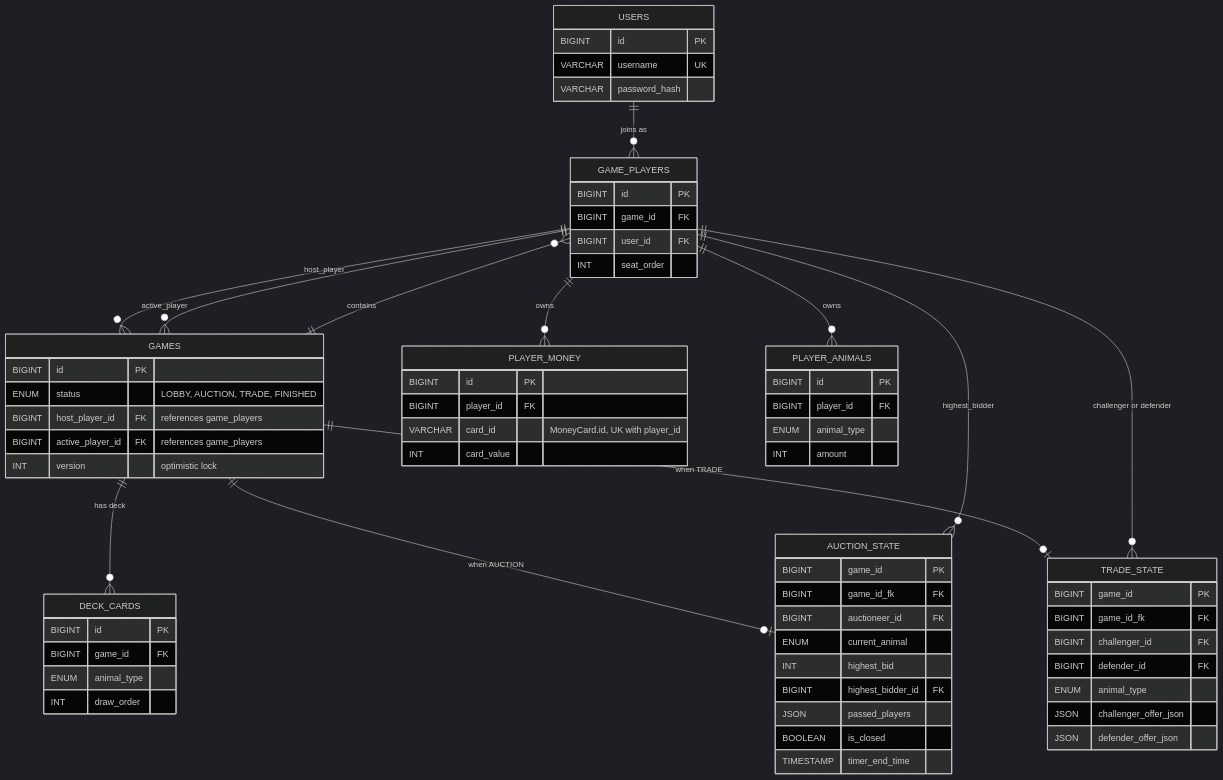
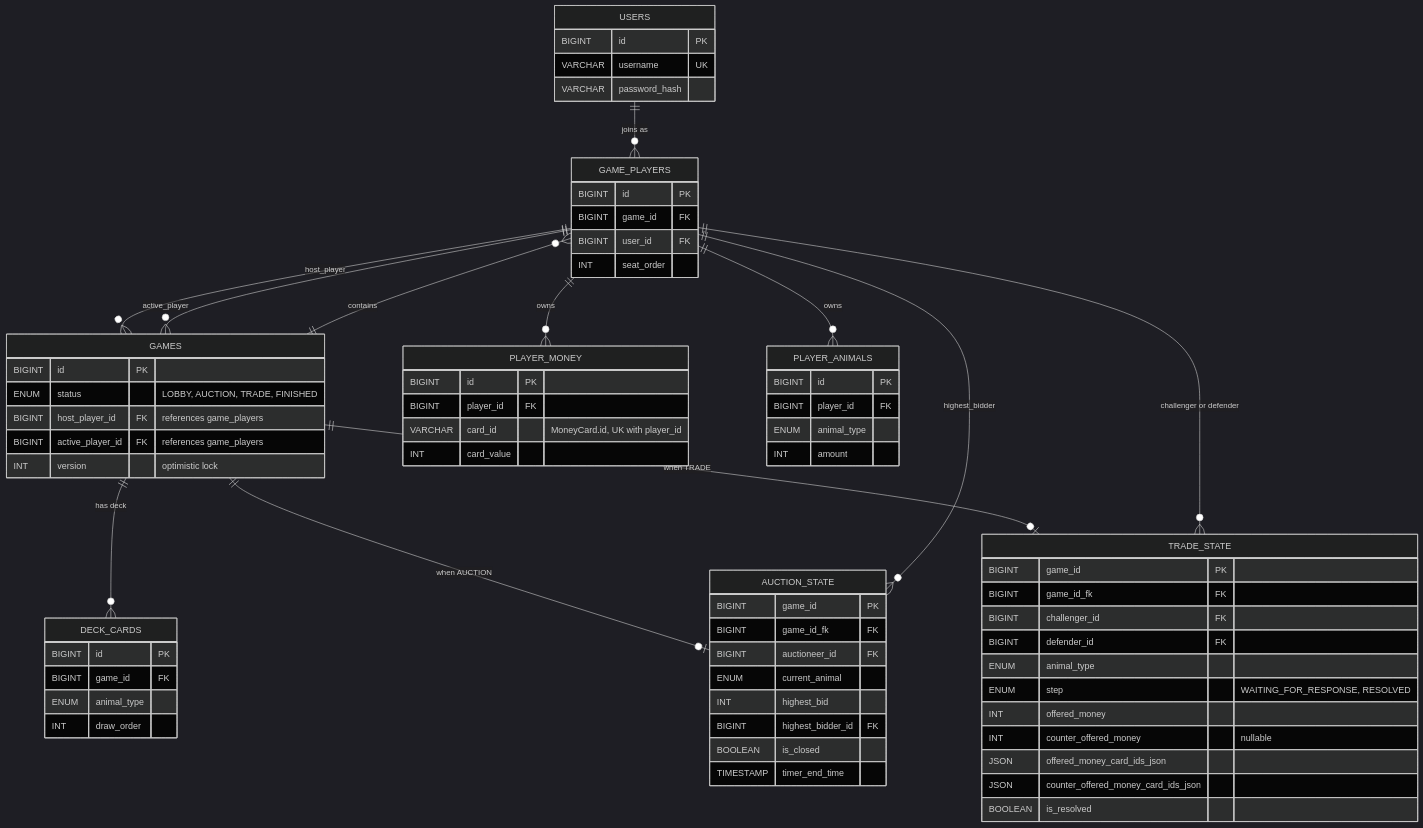
Before and after one commit to AAUSoftwareEngineering2/SE2_Gruppenprojekt: the diagram in docs/server-database.md, drawn with Mermaid (dark theme). The commit also changed other lines of this file, not shown here.

Commit message:
docs: update trade_state schema to include offered money details and resolution flags

````diff
--- a/docs/server-database.md
+++ b/docs/server-database.md
@@ -31,71 +31,74 @@
 ```mermaid
 erDiagram
     USERS ||--o{ GAME_PLAYERS : "joins as"
     GAMES ||--o{ GAME_PLAYERS : "contains"
     GAME_PLAYERS ||--o{ GAMES : "host_player"
     GAME_PLAYERS ||--o{ GAMES : "active_player"
     GAMES ||--o{ DECK_CARDS : "has deck"
     GAMES ||--o| AUCTION_STATE : "when AUCTION"
     GAMES ||--o| TRADE_STATE : "when TRADE"
     GAME_PLAYERS ||--o{ PLAYER_MONEY : "owns"
     GAME_PLAYERS ||--o{ PLAYER_ANIMALS : "owns"
     GAME_PLAYERS ||--o{ AUCTION_STATE : "highest_bidder"
     GAME_PLAYERS ||--o{ TRADE_STATE : "challenger or defender"
 
     USERS {
         BIGINT id PK
         VARCHAR username UK
         VARCHAR password_hash
     }
     GAMES {
         BIGINT id PK
         ENUM status "LOBBY, AUCTION, TRADE, FINISHED"
         BIGINT host_player_id FK "references game_players"
         BIGINT active_player_id FK "references game_players"
         INT version "optimistic lock"
     }
     GAME_PLAYERS {
         BIGINT id PK
         BIGINT game_id FK
         BIGINT user_id FK
         INT seat_order
     }
     DECK_CARDS {
         BIGINT id PK
         BIGINT game_id FK
         ENUM animal_type
         INT draw_order
     }
     PLAYER_MONEY {
         BIGINT id PK
         BIGINT player_id FK
         VARCHAR card_id "MoneyCard.id, UK with player_id"
         INT card_value
     }
     PLAYER_ANIMALS {
         BIGINT id PK
         BIGINT player_id FK
         ENUM animal_type
         INT amount
     }
     AUCTION_STATE {
         BIGINT game_id PK
         BIGINT game_id_fk FK
         BIGINT auctioneer_id FK
         ENUM current_animal
         INT highest_bid
         BIGINT highest_bidder_id FK
-        JSON passed_players
         BOOLEAN is_closed
         TIMESTAMP timer_end_time
     }
     TRADE_STATE {
         BIGINT game_id PK
         BIGINT game_id_fk FK
         BIGINT challenger_id FK
         BIGINT defender_id FK
         ENUM animal_type
-        JSON challenger_offer_json
-        JSON defender_offer_json
+        ENUM step "WAITING_FOR_RESPONSE, RESOLVED"
+        INT offered_money
+        INT counter_offered_money "nullable"
+        JSON offered_money_card_ids_json
+        JSON counter_offered_money_card_ids_json
+        BOOLEAN is_resolved
     }
 ```
````
